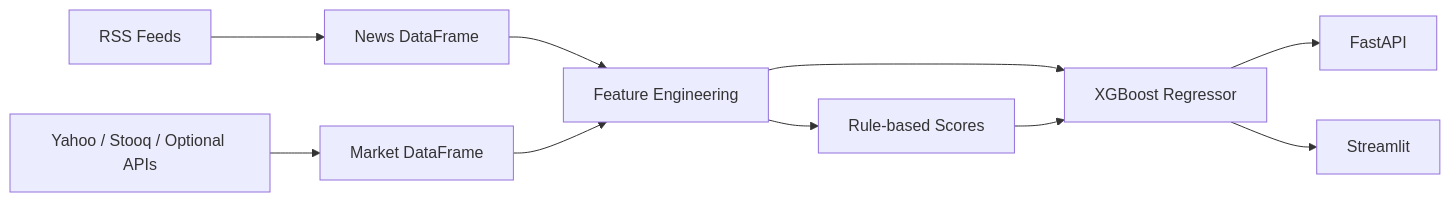
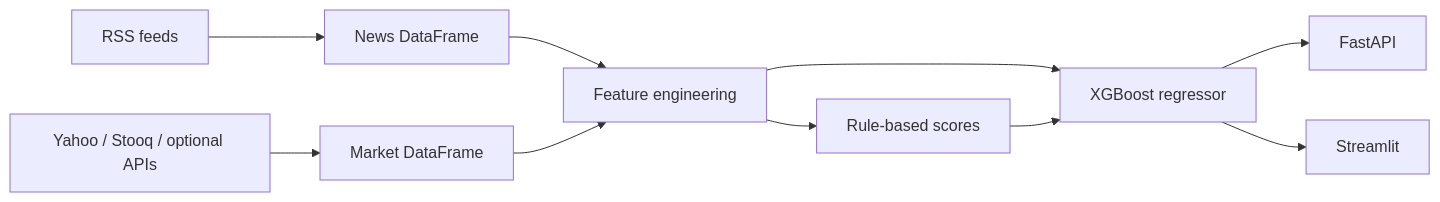
Before and after one commit to KV0217/supplier-risk-intelligence: the diagram in README.md, drawn with Mermaid. The commit also changed other lines of this file and 2 other files, not shown here.

First line of the commit message:
Sync README: analyst narrative, notebook layout, author badges; align data pipeline

````diff
--- a/README.md
+++ b/README.md
@@ -30,12 +30,12 @@
 ```mermaid
 flowchart LR
-  RSS[RSS Feeds] --> NewsDF[News DataFrame]
-  MKT[Yahoo / Stooq / Optional APIs] --> FinDF[Market DataFrame]
-  NewsDF --> FE[Feature Engineering]
+  RSS[RSS feeds] --> NewsDF[News DataFrame]
+  MKT[Yahoo / Stooq / optional APIs] --> FinDF[Market DataFrame]
+  NewsDF --> FE[Feature engineering]
   FinDF --> FE
-  FE --> Rules[Rule-based Scores]
-  FE --> ML[XGBoost Regressor]
+  FE --> Rules[Rule-based scores]
+  FE --> ML[XGBoost regressor]
   Rules --> ML
   ML --> API[FastAPI]
   ML --> UI[Streamlit]
 ```
````
